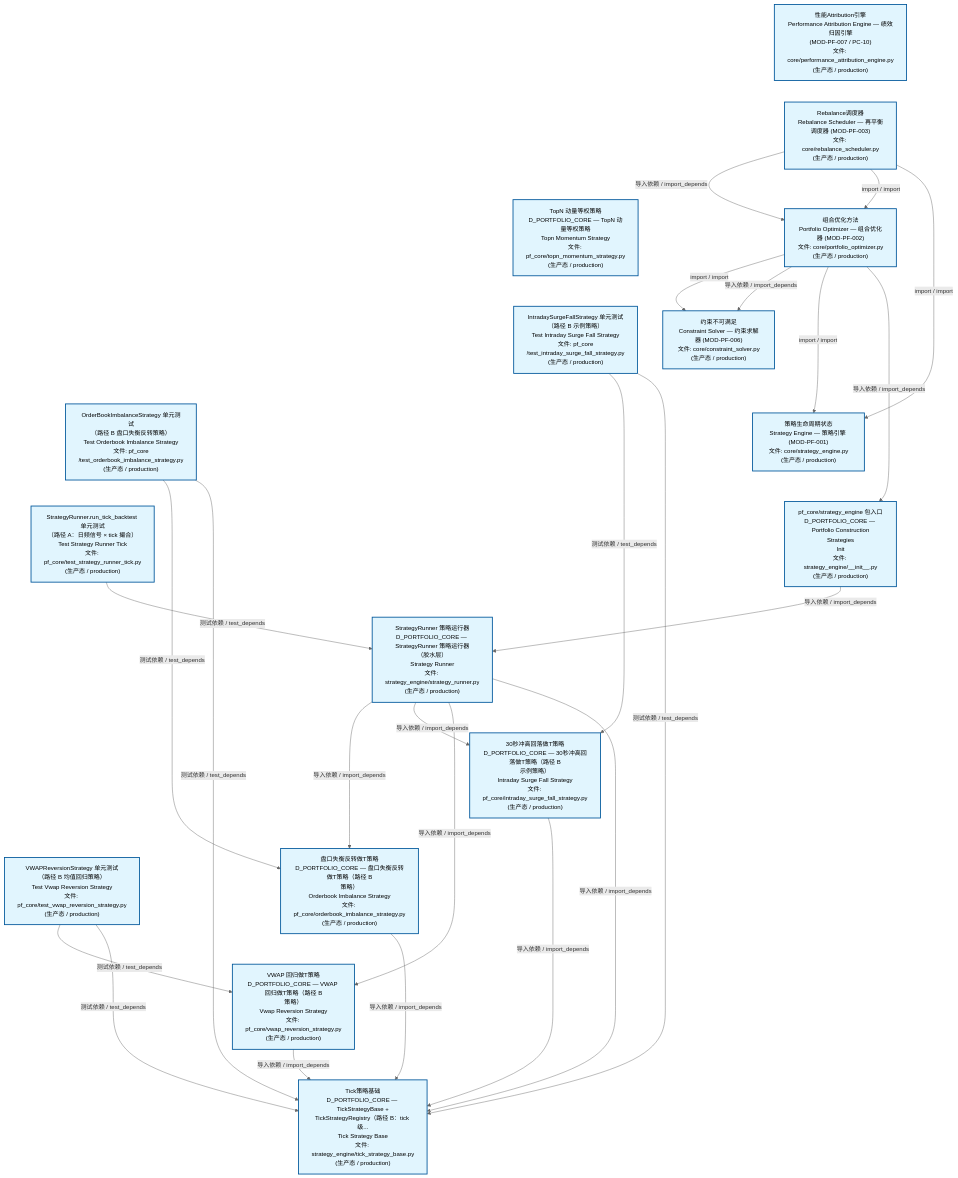
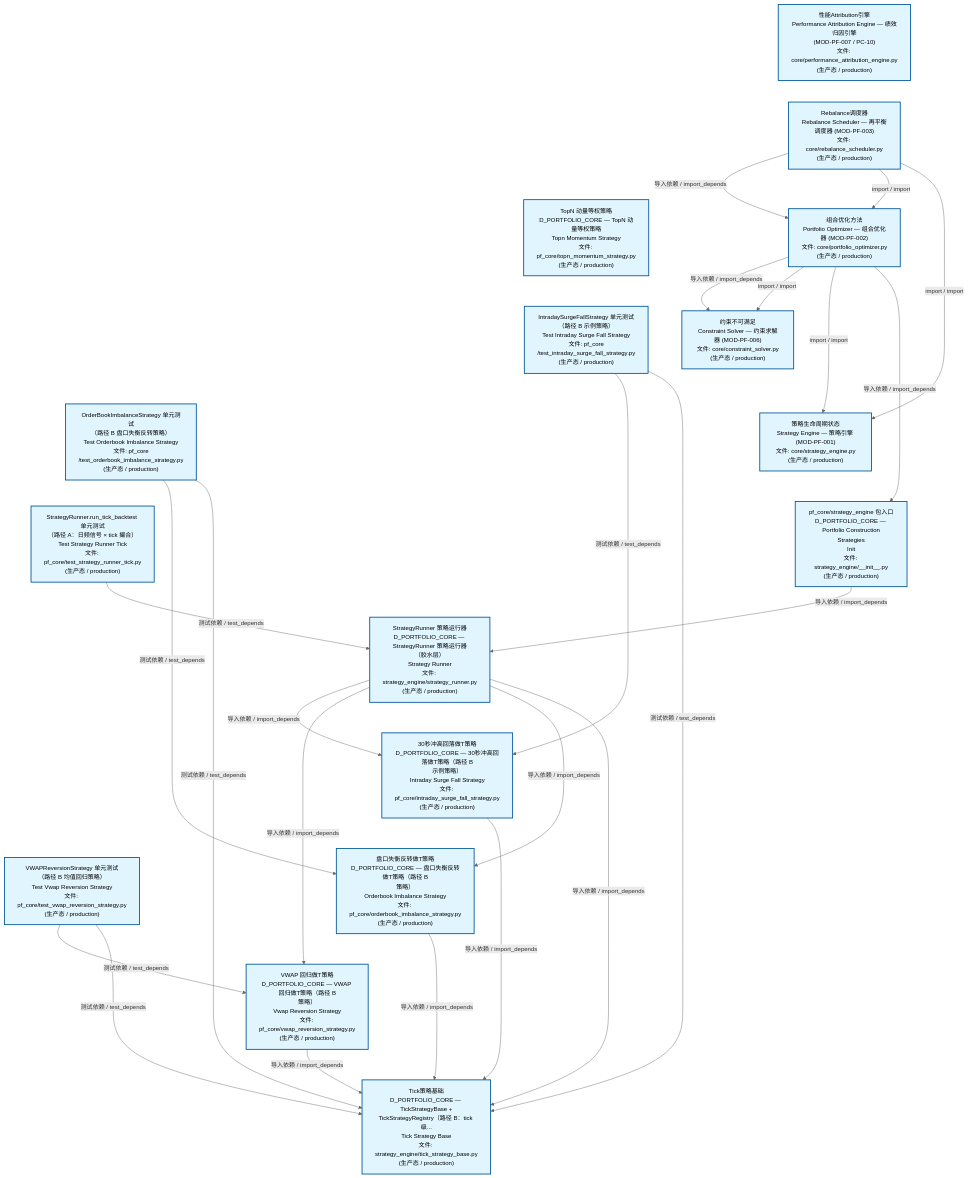
The second of 3 diagrams in docs/02_enterprise_architecture/02_domain_architecture_docs/63_d_pf_core.md (xuanFelixVan/ZephyrAlpha), drawn with Mermaid before and after one commit. The commit also changed other lines of this file and 45 other files, not shown here.

````diff
--- a/docs/02_enterprise_architecture/02_domain_architecture_docs/63_d_pf_core.md
+++ b/docs/02_enterprise_architecture/02_domain_architecture_docs/63_d_pf_core.md
@@ -140,57 +141,57 @@
 ```mermaid
 %%{init: {'theme': 'base', 'themeVariables': {'primaryColor': '#eaeaea', 'primaryTextColor': '#333333', 'primaryBorderColor': '#666666', 'lineColor': '#666666', 'secondaryColor': '#eaeaea', 'tertiaryColor': '#eaeaea', 'fontSize': '14px'}}}%%
 flowchart TD
     src_zephyr_pf_core_core_performance_attribution_engine_py["性能Attribution引擎<br/>Performance Attribution Engine — 绩效归因引擎<br/>(MOD-PF-007 / PC-10)<br/>文件: core/performance_attribution_engine.py<br/>(生产态 / production)"]
     src_zephyr_pf_core_core_rebalance_scheduler_py["Rebalance调度器<br/>Rebalance Scheduler — 再平衡调度器 (MOD-PF-003)<br/>文件: core/rebalance_scheduler.py<br/>(生产态 / production)"]
     src_zephyr_pf_core_topn_momentum_strategy_py["TopN 动量等权策略<br/>D_PORTFOLIO_CORE — TopN 动量等权策略<br/>Topn Momentum Strategy<br/>文件: pf_core/topn_momentum_strategy.py<br/>(生产态 / production)"]
     tests_pf_core_test_intraday_surge_fall_strategy_py["IntradaySurgeFallStrategy 单元测试<br/>（路径 B 示例策略）<br/>Test Intraday Surge Fall Strategy<br/>文件: pf_core<br/>/test_intraday_surge_fall_strategy.py<br/>(生产态 / production)"]
     tests_pf_core_test_orderbook_imbalance_strategy_py["OrderBookImbalanceStrategy 单元测试<br/>（路径 B 盘口失衡反转策略）<br/>Test Orderbook Imbalance Strategy<br/>文件: pf_core<br/>/test_orderbook_imbalance_strategy.py<br/>(生产态 / production)"]
     tests_pf_core_test_strategy_runner_tick_py["StrategyRunner.run_tick_backtest 单元测试<br/>（路径 A：日频信号 × tick 撮合）<br/>Test Strategy Runner Tick<br/>文件: pf_core/test_strategy_runner_tick.py<br/>(生产态 / production)"]
     tests_pf_core_test_vwap_reversion_strategy_py["VWAPReversionStrategy 单元测试<br/>（路径 B 均值回归策略）<br/>Test Vwap Reversion Strategy<br/>文件: pf_core/test_vwap_reversion_strategy.py<br/>(生产态 / production)"]
     src_zephyr_pf_core_core_performance_attribution_engine_py ~~~ src_zephyr_pf_core_core_rebalance_scheduler_py
     src_zephyr_pf_core_core_rebalance_scheduler_py ~~~ src_zephyr_pf_core_topn_momentum_strategy_py
     src_zephyr_pf_core_topn_momentum_strategy_py ~~~ tests_pf_core_test_intraday_surge_fall_strategy_py
     tests_pf_core_test_intraday_surge_fall_strategy_py ~~~ tests_pf_core_test_orderbook_imbalance_strategy_py
     tests_pf_core_test_orderbook_imbalance_strategy_py ~~~ tests_pf_core_test_strategy_runner_tick_py
     tests_pf_core_test_strategy_runner_tick_py ~~~ tests_pf_core_test_vwap_reversion_strategy_py
     src_zephyr_pf_core_core_portfolio_optimizer_py["组合优化方法<br/>Portfolio Optimizer — 组合优化器 (MOD-PF-002)<br/>文件: core/portfolio_optimizer.py<br/>(生产态 / production)"]
     src_zephyr_pf_core_core_constraint_solver_py["约束不可满足<br/>Constraint Solver — 约束求解器 (MOD-PF-006)<br/>文件: core/constraint_solver.py<br/>(生产态 / production)"]
     src_zephyr_pf_core_core_strategy_engine_py["策略生命周期状态<br/>Strategy Engine — 策略引擎 (MOD-PF-001)<br/>文件: core/strategy_engine.py<br/>(生产态 / production)"]
     src_zephyr_pf_core_strategy_engine_init_py["pf_core/strategy_engine 包入口<br/>D_PORTFOLIO_CORE — Portfolio Construction<br/>Strategies<br/>Init<br/>文件: strategy_engine/__init__.py<br/>(生产态 / production)"]
     src_zephyr_pf_core_core_constraint_solver_py ~~~ src_zephyr_pf_core_core_strategy_engine_py
     src_zephyr_pf_core_core_strategy_engine_py ~~~ src_zephyr_pf_core_strategy_engine_init_py
     src_zephyr_pf_core_strategy_engine_strategy_runner_py["StrategyRunner 策略运行器<br/>D_PORTFOLIO_CORE — StrategyRunner 策略运行器<br/>（胶水层）<br/>Strategy Runner<br/>文件: strategy_engine/strategy_runner.py<br/>(生产态 / production)"]
     src_zephyr_pf_core_intraday_surge_fall_strategy_py["30秒冲高回落做T策略<br/>D_PORTFOLIO_CORE — 30秒冲高回落做T策略（路径 B<br/>示例策略）<br/>Intraday Surge Fall Strategy<br/>文件: pf_core/intraday_surge_fall_strategy.py<br/>(生产态 / production)"]
     src_zephyr_pf_core_orderbook_imbalance_strategy_py["盘口失衡反转做T策略<br/>D_PORTFOLIO_CORE — 盘口失衡反转做T策略（路径 B<br/>策略）<br/>Orderbook Imbalance Strategy<br/>文件: pf_core/orderbook_imbalance_strategy.py<br/>(生产态 / production)"]
     src_zephyr_pf_core_vwap_reversion_strategy_py["VWAP 回归做T策略<br/>D_PORTFOLIO_CORE — VWAP 回归做T策略（路径 B<br/>策略）<br/>Vwap Reversion Strategy<br/>文件: pf_core/vwap_reversion_strategy.py<br/>(生产态 / production)"]
     src_zephyr_pf_core_intraday_surge_fall_strategy_py ~~~ src_zephyr_pf_core_orderbook_imbalance_strategy_py
     src_zephyr_pf_core_orderbook_imbalance_strategy_py ~~~ src_zephyr_pf_core_vwap_reversion_strategy_py
     src_zephyr_pf_core_strategy_engine_tick_strategy_base_py["Tick策略基础<br/>D_PORTFOLIO_CORE — TickStrategyBase +<br/>TickStrategyRegistry（路径 B：tick 级...<br/>Tick Strategy Base<br/>文件: strategy_engine/tick_strategy_base.py<br/>(生产态 / production)"]
-    src_zephyr_pf_core_orderbook_imbalance_strategy_py -->|导入依赖 / import_depends| src_zephyr_pf_core_strategy_engine_tick_strategy_base_py
     src_zephyr_pf_core_intraday_surge_fall_strategy_py -->|导入依赖 / import_depends| src_zephyr_pf_core_strategy_engine_tick_strategy_base_py
     src_zephyr_pf_core_vwap_reversion_strategy_py -->|导入依赖 / import_depends| src_zephyr_pf_core_strategy_engine_tick_strategy_base_py
+    src_zephyr_pf_core_orderbook_imbalance_strategy_py -->|导入依赖 / import_depends| src_zephyr_pf_core_strategy_engine_tick_strategy_base_py
+    src_zephyr_pf_core_core_portfolio_optimizer_py -->|导入依赖 / import_depends| src_zephyr_pf_core_core_constraint_solver_py
+    src_zephyr_pf_core_core_portfolio_optimizer_py -->|import / import| src_zephyr_pf_core_core_constraint_solver_py
+    src_zephyr_pf_core_core_portfolio_optimizer_py -->|import / import| src_zephyr_pf_core_core_strategy_engine_py
+    src_zephyr_pf_core_core_portfolio_optimizer_py -->|导入依赖 / import_depends| src_zephyr_pf_core_strategy_engine_init_py
     src_zephyr_pf_core_core_rebalance_scheduler_py -->|导入依赖 / import_depends| src_zephyr_pf_core_core_portfolio_optimizer_py
     src_zephyr_pf_core_core_rebalance_scheduler_py -->|import / import| src_zephyr_pf_core_core_portfolio_optimizer_py
     src_zephyr_pf_core_core_rebalance_scheduler_py -->|import / import| src_zephyr_pf_core_core_strategy_engine_py
-    src_zephyr_pf_core_core_portfolio_optimizer_py -->|import / import| src_zephyr_pf_core_core_constraint_solver_py
-    src_zephyr_pf_core_core_portfolio_optimizer_py -->|导入依赖 / import_depends| src_zephyr_pf_core_core_constraint_solver_py
-    src_zephyr_pf_core_core_portfolio_optimizer_py -->|import / import| src_zephyr_pf_core_core_strategy_engine_py
-    src_zephyr_pf_core_core_portfolio_optimizer_py -->|导入依赖 / import_depends| src_zephyr_pf_core_strategy_engine_init_py
-    src_zephyr_pf_core_strategy_engine_strategy_runner_py -->|导入依赖 / import_depends| src_zephyr_pf_core_orderbook_imbalance_strategy_py
+    src_zephyr_pf_core_strategy_engine_init_py -->|导入依赖 / import_depends| src_zephyr_pf_core_strategy_engine_strategy_runner_py
     src_zephyr_pf_core_strategy_engine_strategy_runner_py -->|导入依赖 / import_depends| src_zephyr_pf_core_intraday_surge_fall_strategy_py
     src_zephyr_pf_core_strategy_engine_strategy_runner_py -->|导入依赖 / import_depends| src_zephyr_pf_core_vwap_reversion_strategy_py
+    src_zephyr_pf_core_strategy_engine_strategy_runner_py -->|导入依赖 / import_depends| src_zephyr_pf_core_orderbook_imbalance_strategy_py
     src_zephyr_pf_core_strategy_engine_strategy_runner_py -->|导入依赖 / import_depends| src_zephyr_pf_core_strategy_engine_tick_strategy_base_py
-    src_zephyr_pf_core_strategy_engine_init_py -->|导入依赖 / import_depends| src_zephyr_pf_core_strategy_engine_strategy_runner_py
+    tests_pf_core_test_intraday_surge_fall_strategy_py -->|测试依赖 / test_depends| src_zephyr_pf_core_intraday_surge_fall_strategy_py
+    tests_pf_core_test_intraday_surge_fall_strategy_py -->|测试依赖 / test_depends| src_zephyr_pf_core_strategy_engine_tick_strategy_base_py
     tests_pf_core_test_orderbook_imbalance_strategy_py -->|测试依赖 / test_depends| src_zephyr_pf_core_orderbook_imbalance_strategy_py
     tests_pf_core_test_orderbook_imbalance_strategy_py -->|测试依赖 / test_depends| src_zephyr_pf_core_strategy_engine_tick_strategy_base_py
-    tests_pf_core_test_intraday_surge_fall_strategy_py -->|测试依赖 / test_depends| src_zephyr_pf_core_intraday_surge_fall_strategy_py
-    tests_pf_core_test_intraday_surge_fall_strategy_py -->|测试依赖 / test_depends| src_zephyr_pf_core_strategy_engine_tick_strategy_base_py
     tests_pf_core_test_vwap_reversion_strategy_py -->|测试依赖 / test_depends| src_zephyr_pf_core_vwap_reversion_strategy_py
     tests_pf_core_test_vwap_reversion_strategy_py -->|测试依赖 / test_depends| src_zephyr_pf_core_strategy_engine_tick_strategy_base_py
     tests_pf_core_test_strategy_runner_tick_py -->|测试依赖 / test_depends| src_zephyr_pf_core_strategy_engine_strategy_runner_py
     classDef production fill:#e1f5fe,stroke:#01579b,stroke-width:2px,color:#000
     classDef design fill:#fff3e0,stroke:#e65100,stroke-width:2px,color:#000,stroke-dasharray: 5 5
     classDef external_prod fill:#e8f4fd,stroke:#0277bd,stroke-width:1px,color:#000
     classDef external_design fill:#fff8e7,stroke:#ef6c00,stroke-width:1px,color:#000,stroke-dasharray: 5 5
     class src_zephyr_pf_core_core_constraint_solver_py,src_zephyr_pf_core_core_performance_attribution_engine_py,src_zephyr_pf_core_core_portfolio_optimizer_py,src_zephyr_pf_core_core_rebalance_scheduler_py,src_zephyr_pf_core_core_strategy_engine_py,src_zephyr_pf_core_intraday_surge_fall_strategy_py,src_zephyr_pf_core_orderbook_imbalance_strategy_py,src_zephyr_pf_core_strategy_engine_init_py,src_zephyr_pf_core_strategy_engine_strategy_runner_py,src_zephyr_pf_core_strategy_engine_tick_strategy_base_py,src_zephyr_pf_core_topn_momentum_strategy_py,src_zephyr_pf_core_vwap_reversion_strategy_py,tests_pf_core_test_intraday_surge_fall_strategy_py,tests_pf_core_test_orderbook_imbalance_strategy_py,tests_pf_core_test_strategy_runner_tick_py,tests_pf_core_test_vwap_reversion_strategy_py production
 ```
````
